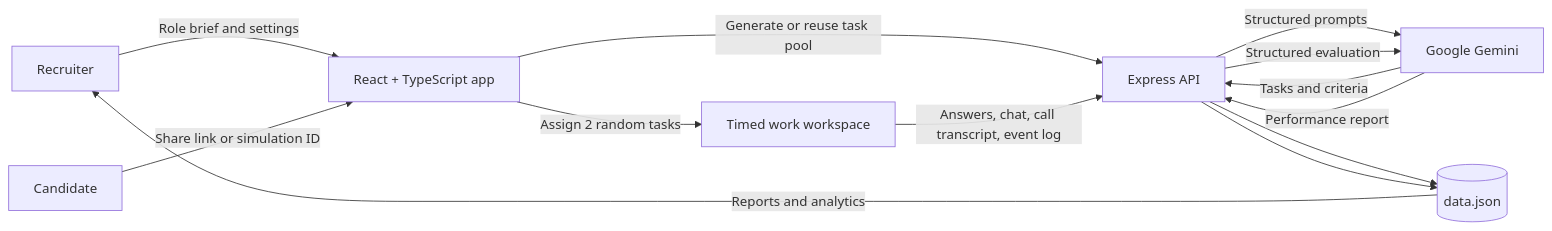
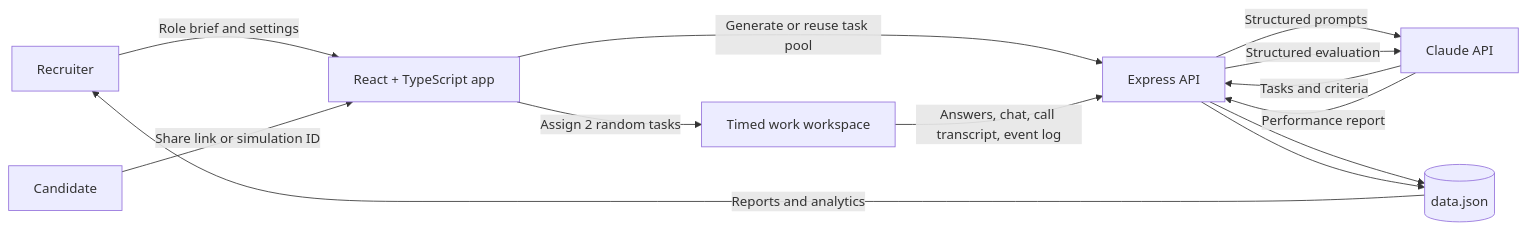
The second of 4 diagrams in README.md (eshwarpotturi/Simuhire), drawn with Mermaid before and after one commit. The commit also changed other lines of this file and 11 other files, not shown here.

First line of the commit message:
Migrate AI layer from Gemini to the Claude API

````diff
--- a/README.md
+++ b/README.md
@@ -54,16 +50,16 @@
 ```mermaid
 flowchart LR
     R[Recruiter] -->|Role brief and settings| UI[React + TypeScript app]
     UI -->|Generate or reuse task pool| API[Express API]
-    API -->|Structured prompts| G[Google Gemini]
+    API -->|Structured prompts| G[Claude API]
     G -->|Tasks and criteria| API
     API --> D[(data.json)]
 
     C[Candidate] -->|Share link or simulation ID| UI
     UI -->|Assign 2 random tasks| W[Timed work workspace]
     W -->|Answers, chat, call transcript, event log| API
     API -->|Structured evaluation| G
     G -->|Performance report| API
     API --> D
     D -->|Reports and analytics| R
 ```
````
